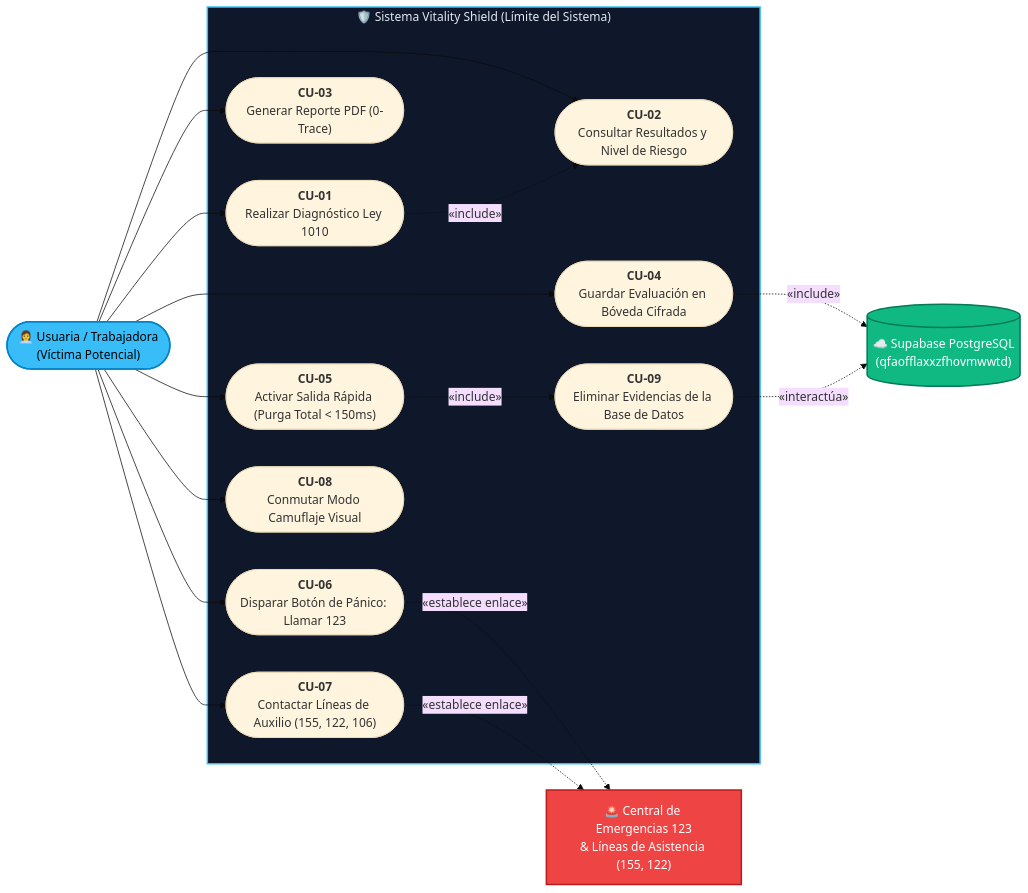
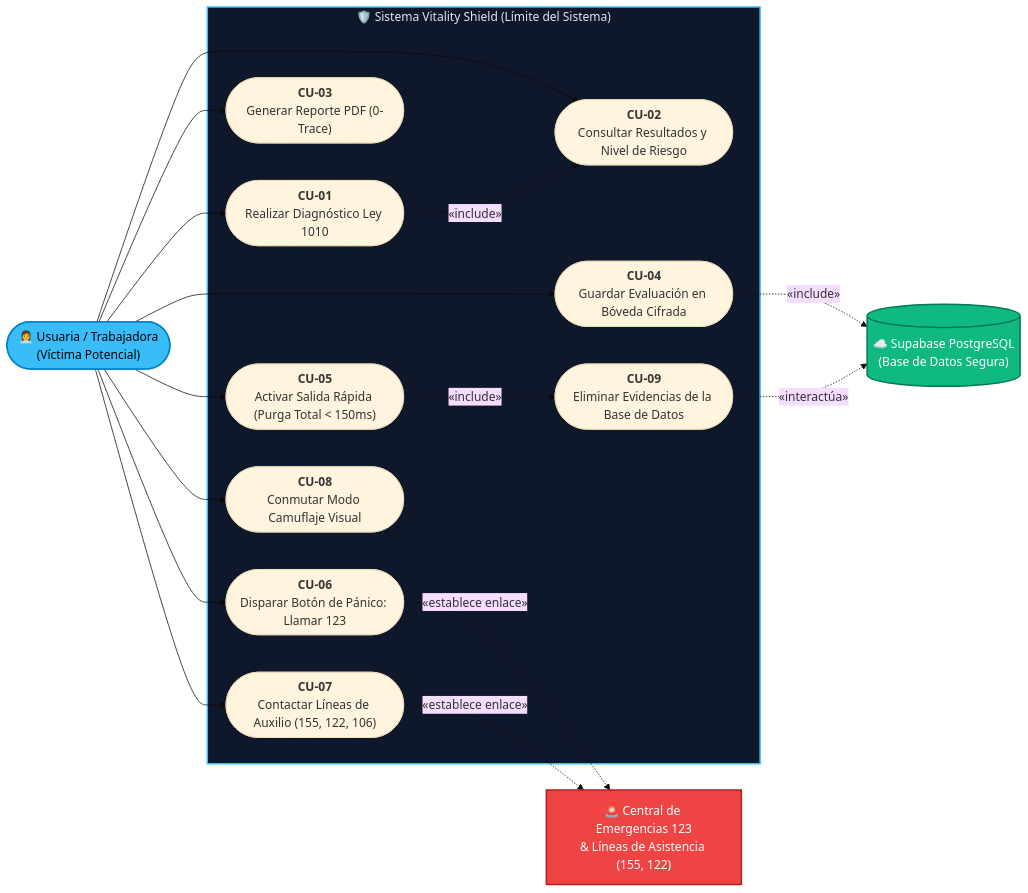
Before and after one commit to LillianaU/Evaluacio-Vulnerabilidad-mujer: the second of 5 diagrams in README.md, drawn with Mermaid (base theme). The commit also changed other lines of this file and 1 other file, not shown here.

````diff
--- a/README.md
+++ b/README.md
@@ -119,43 +123,43 @@
 ```mermaid
 flowchart LR
     %% Actores
     Usuaria(["👩‍💼 Usuaria / Trabajadora<br/>(Víctima Potencial)"])
-    SupabaseDB[("☁️ Supabase PostgreSQL<br/>(qfaofflaxxzfhovmwwtd)")]
+    SupabaseDB[("☁️ Supabase PostgreSQL<br/>(Base de Datos Segura)")]
     RedEmergencia["🚨 Central de Emergencias 123<br/>& Líneas de Asistencia (155, 122)"]
 
     subgraph Sistema_VitalityShield ["🛡️ Sistema Vitality Shield (Límite del Sistema)"]
         UC01(["<b>CU-01</b><br/>Realizar Diagnóstico Ley 1010"])
         UC02(["<b>CU-02</b><br/>Consultar Resultados y Nivel de Riesgo"])
         UC03(["<b>CU-03</b><br/>Generar Reporte PDF (0-Trace)"])
         UC04(["<b>CU-04</b><br/>Guardar Evaluación en Bóveda Cifrada"])
         UC05(["<b>CU-05</b><br/>Activar Salida Rápida (Purga Total < 150ms)"])
         UC06(["<b>CU-06</b><br/>Disparar Botón de Pánico: Llamar 123"])
         UC07(["<b>CU-07</b><br/>Contactar Líneas de Auxilio (155, 122, 106)"])
         UC08(["<b>CU-08</b><br/>Conmutar Modo Camuflaje Visual"])
         UC09(["<b>CU-09</b><br/>Eliminar Evidencias de la Base de Datos"])
     end
 
     %% Relaciones de la Usuaria
     Usuaria --> UC01
     Usuaria --> UC02
     Usuaria --> UC03
     Usuaria --> UC04
     Usuaria --> UC05
     Usuaria --> UC06
     Usuaria --> UC07
     Usuaria --> UC08
 
     %% Inclusiones y extensiones
     UC01 -.->|«include»| UC02
     UC04 -.->|«include»| SupabaseDB
     UC05 -.->|«include»| UC09
     UC09 -.->|«interactúa»| SupabaseDB
     UC06 -.->|«establece enlace»| RedEmergencia
     UC07 -.->|«establece enlace»| RedEmergencia
 
     %% Estilos
     style Usuaria fill:#38bdf8,stroke:#0284c7,stroke-width:2px,color:#000
     style RedEmergencia fill:#ef4444,stroke:#b91c1c,stroke-width:2px,color:#fff
     style SupabaseDB fill:#10b981,stroke:#047857,stroke-width:2px,color:#fff
     style Sistema_VitalityShield fill:#0f172a,stroke:#38bdf8,stroke-width:2px,color:#e2e8f0
 ```
````
